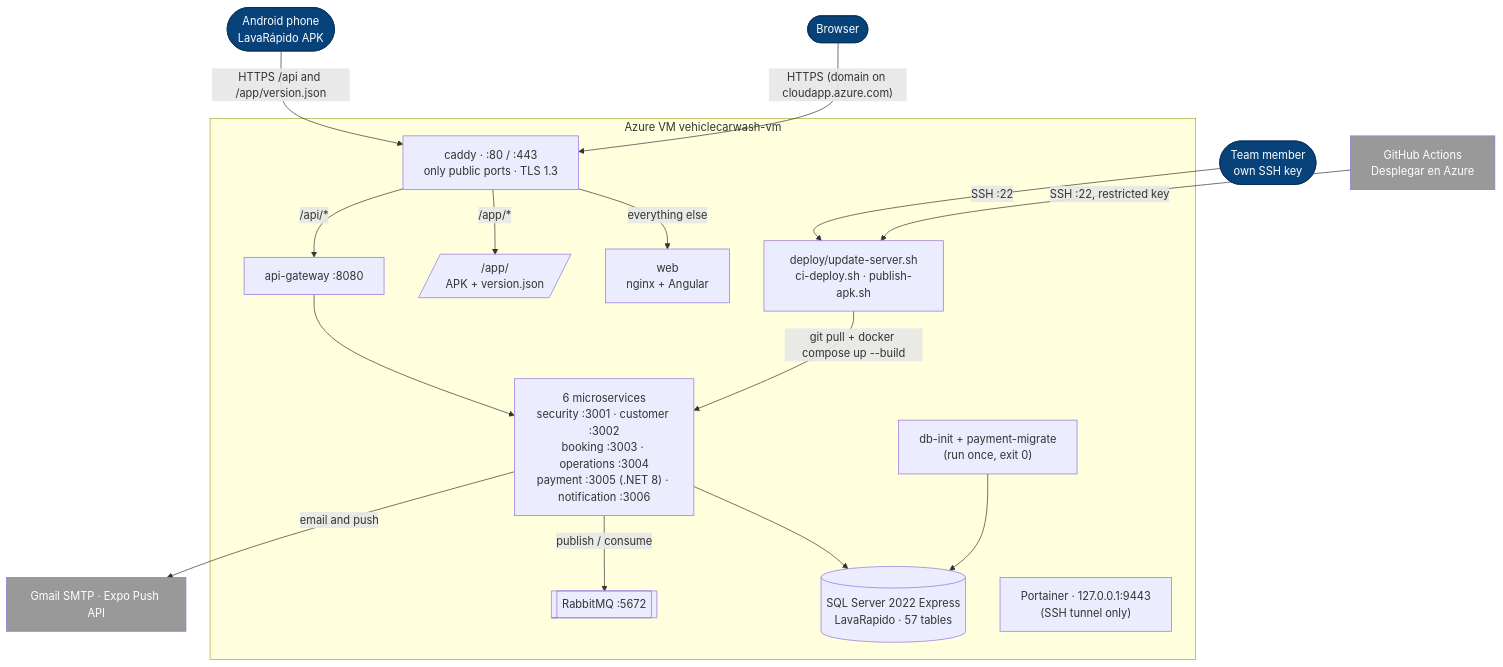
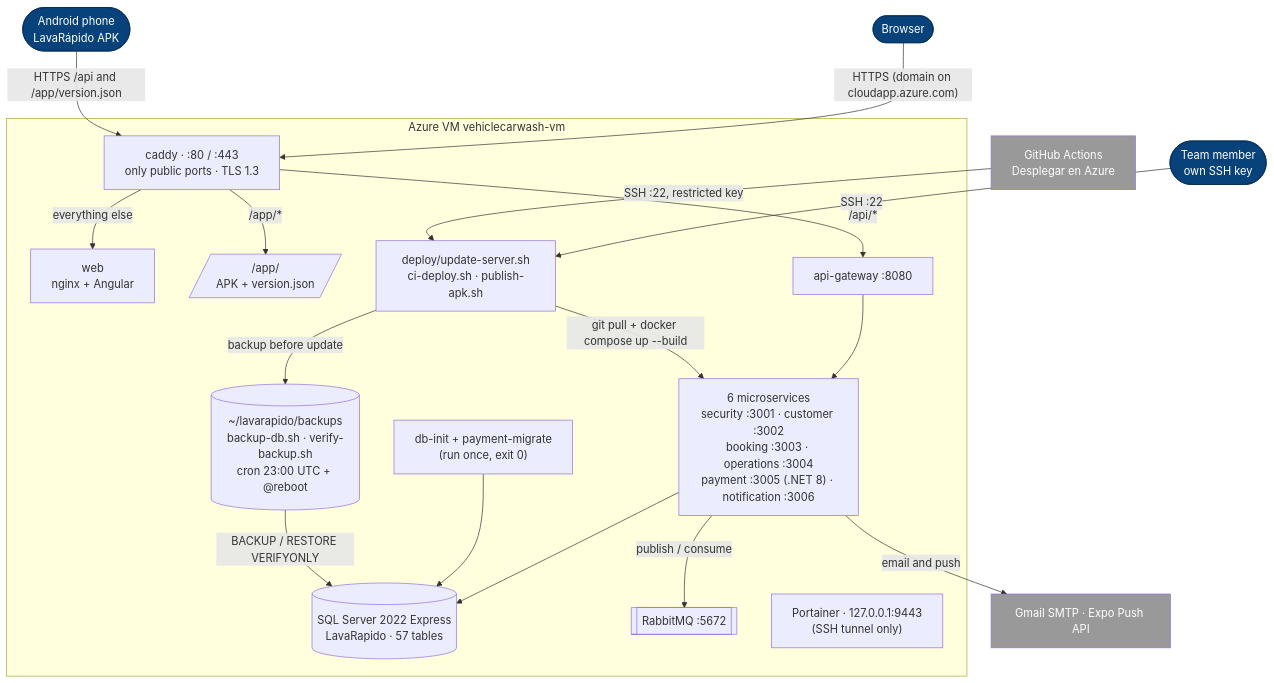
Before and after one commit to code-sena/vehicle-w-docs: the diagram in 08-uml/diagrams/source/deployment-production.md, drawn with Mermaid. The commit also changed other lines of this file and 8 other files, not shown here.

First line of the commit message:
docs(uml): align the C4 and UML diagrams with the real events, the internal key on operator routes, the notes and the backups

````diff
--- a/08-uml/diagrams/source/deployment-production.md
+++ b/08-uml/diagrams/source/deployment-production.md
@@ -8,39 +10,42 @@
 ```mermaid
 flowchart TB
     browser([Browser]):::person
     phone([Android phone<br/>LavaRápido APK]):::person
     team([Team member<br/>own SSH key]):::person
     gha[GitHub Actions<br/>Desplegar en Azure]:::ext
 
     subgraph azure["Azure VM vehiclecarwash-vm"]
         caddy["caddy · :80 / :443<br/>only public ports · TLS 1.3"]
         web["web<br/>nginx + Angular"]
         dl[/"/app/<br/>APK + version.json"/]
         gw["api-gateway :8080"]
         apps["6 microservices<br/>security :3001 · customer :3002<br/>booking :3003 · operations :3004<br/>payment :3005 (.NET 8) · notification :3006"]
         db[("SQL Server 2022 Express<br/>LavaRapido · 57 tables")]
         mq[["RabbitMQ :5672"]]
         init["db-init + payment-migrate<br/>(run once, exit 0)"]
         scripts["deploy/update-server.sh<br/>ci-deploy.sh · publish-apk.sh"]
+        backups[("~/lavarapido/backups<br/>backup-db.sh · verify-backup.sh<br/>cron 23:00 UTC + @reboot")]
         portainer["Portainer · 127.0.0.1:9443<br/>(SSH tunnel only)"]
     end
 
     ext[Gmail SMTP · Expo Push API]:::ext
 
     browser -- "HTTPS (domain on cloudapp.azure.com)" --> caddy
     phone -- "HTTPS /api and /app/version.json" --> caddy
     caddy -- "everything else" --> web
     caddy -- "/app/*" --> dl
     caddy -- "/api/*" --> gw
     gw --> apps
     apps --> db
     apps -- "publish / consume" --> mq
     init --> db
     apps -- "email and push" --> ext
     team -- "SSH :22" --> scripts
     gha -- "SSH :22, restricted key" --> scripts
     scripts -- "git pull + docker compose up --build" --> apps
+    scripts -- "backup before update" --> backups
+    backups -- "BACKUP / RESTORE VERIFYONLY" --> db
 
     classDef person fill:#08427b,color:#fff,stroke:#052e56
     classDef ext fill:#999,color:#fff
 ```
````
